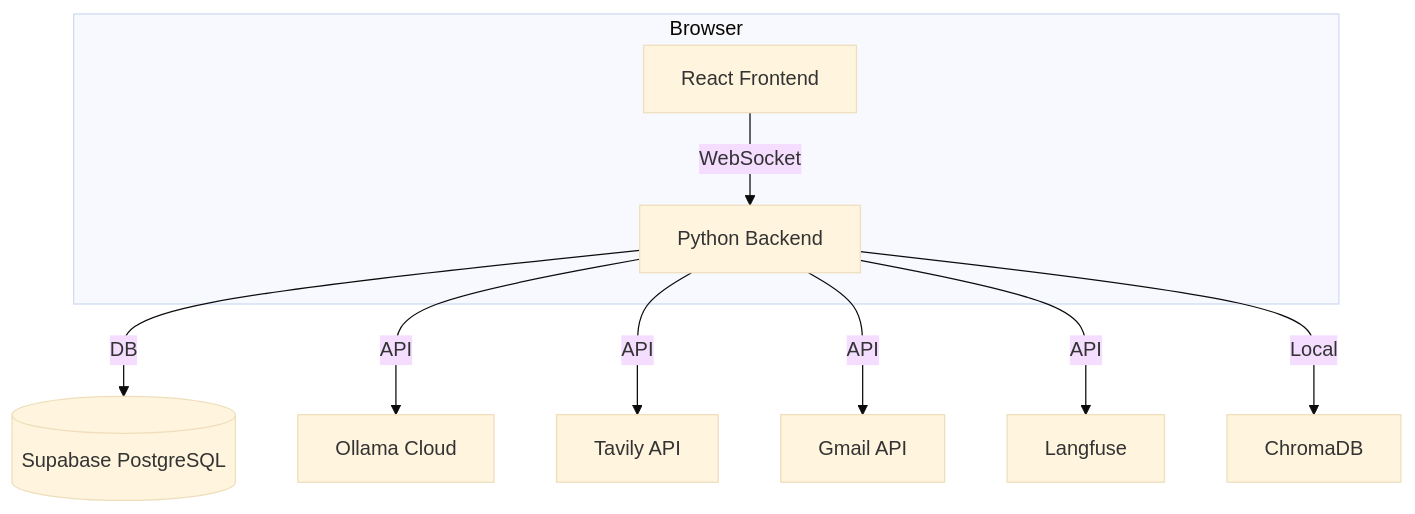
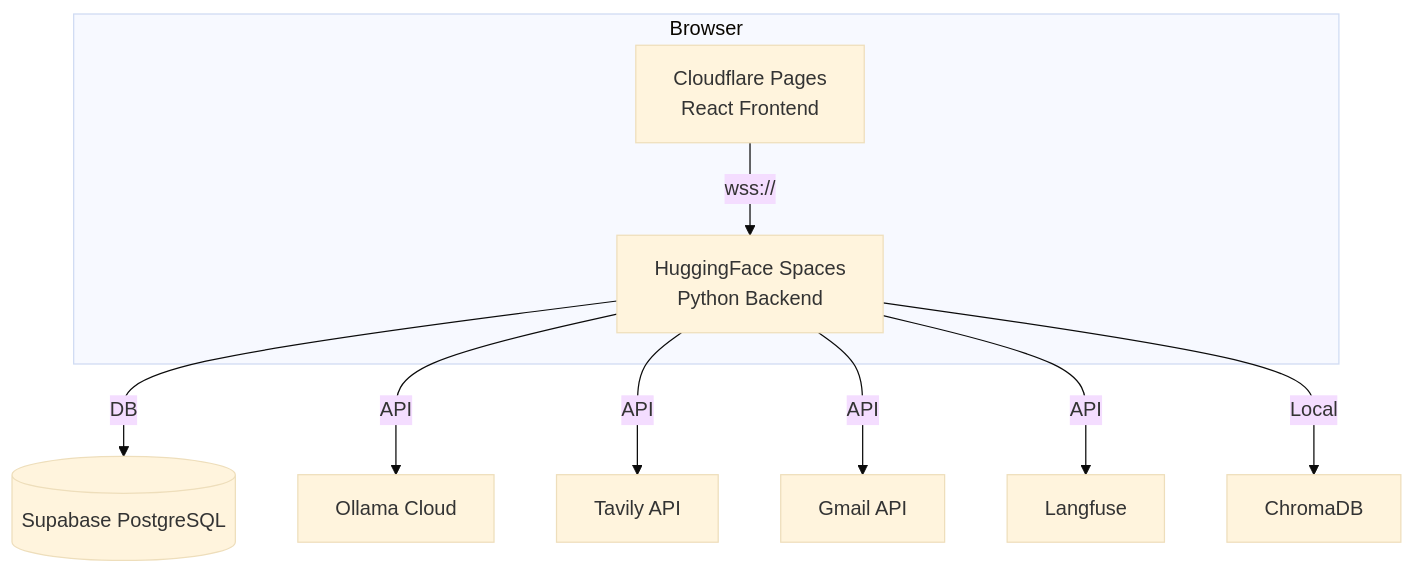
The diagram in README.md (Sufiyan78666/Aura-voice-agent), drawn with Mermaid (base theme) before and after one commit. The commit also changed other lines of this file, not shown here.

Commit message:
docs: update README with HuggingFace Spaces deployment and browser-based STT/TTS

````diff
--- a/README.md
+++ b/README.md
@@ -67,12 +72,14 @@
 ```mermaid
 flowchart TD
   subgraph Browser
-    A[React Frontend] -- WebSocket --> B[Python Backend]
+    A[Cloudflare Pages
+React Frontend] -- wss:// --> B[HuggingFace Spaces
+Python Backend]
   end
   B -- DB --> C[(Supabase PostgreSQL)]
   B -- API --> D[Ollama Cloud]
   B -- API --> E[Tavily API]
   B -- API --> F[Gmail API]
   B -- API --> G[Langfuse]
   B -- Local --> H[ChromaDB]
 ```
````
